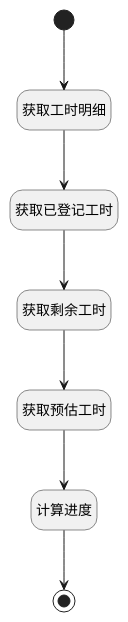
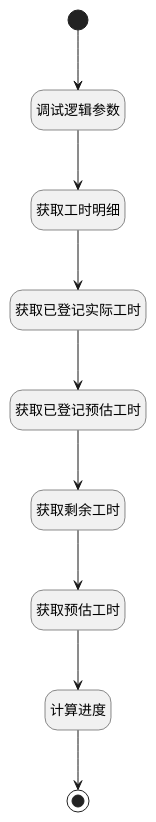
Before and after one commit to iBizLab/plm: the diagram in doc/docsify/module/Base/workload/logic/get_register_workload.md, drawn with PlantUML. The commit also changed other lines of this file and 726 other files, not shown here.

````diff
--- a/doc/docsify/module/Base/workload/logic/get_register_workload.md
+++ b/doc/docsify/module/Base/workload/logic/get_register_workload.md
@@ -7,29 +7,33 @@
 ```plantuml
 @startuml
 hide empty description
 <style>
 root {
   HyperlinkColor #42b983
 }
 </style>
 
 hide empty description
 state "开始" as Begin <<start>> [[$./get_register_workload#begin {"开始"}]]
+state "调试逻辑参数" as DEBUGPARAM1  [[$./get_register_workload#debugparam1 {"调试逻辑参数"}]]
 state "获取工时明细" as DEACTION1  [[$./get_register_workload#deaction1 {"获取工时明细"}]]
-state "获取已登记工时" as RAWSQLCALL1  [[$./get_register_workload#rawsqlcall1 {"获取已登记工时"}]]
+state "获取已登记实际工时" as RAWSQLCALL1  [[$./get_register_workload#rawsqlcall1 {"获取已登记实际工时"}]]
+state "获取已登记预估工时" as RAWSQLCALL4  [[$./get_register_workload#rawsqlcall4 {"获取已登记预估工时"}]]
 state "获取剩余工时" as RAWSQLCALL2  [[$./get_register_workload#rawsqlcall2 {"获取剩余工时"}]]
 state "获取预估工时" as RAWSQLCALL3  [[$./get_register_workload#rawsqlcall3 {"获取预估工时"}]]
 state "计算进度" as RAWSFCODE1  [[$./get_register_workload#rawsfcode1 {"计算进度"}]]
 state "结束" as END1 <<end>> [[$./get_register_workload#end1 {"结束"}]]
 
 
-Begin --> DEACTION1
+Begin --> DEBUGPARAM1
+DEBUGPARAM1 --> DEACTION1
 DEACTION1 --> RAWSQLCALL1
-RAWSQLCALL1 --> RAWSQLCALL2
+RAWSQLCALL1 --> RAWSQLCALL4
+RAWSQLCALL4 --> RAWSQLCALL2
 RAWSQLCALL2 --> RAWSQLCALL3
 RAWSQLCALL3 --> RAWSFCODE1
 RAWSFCODE1 --> END1
 
 
 @enduml
 ```
````
